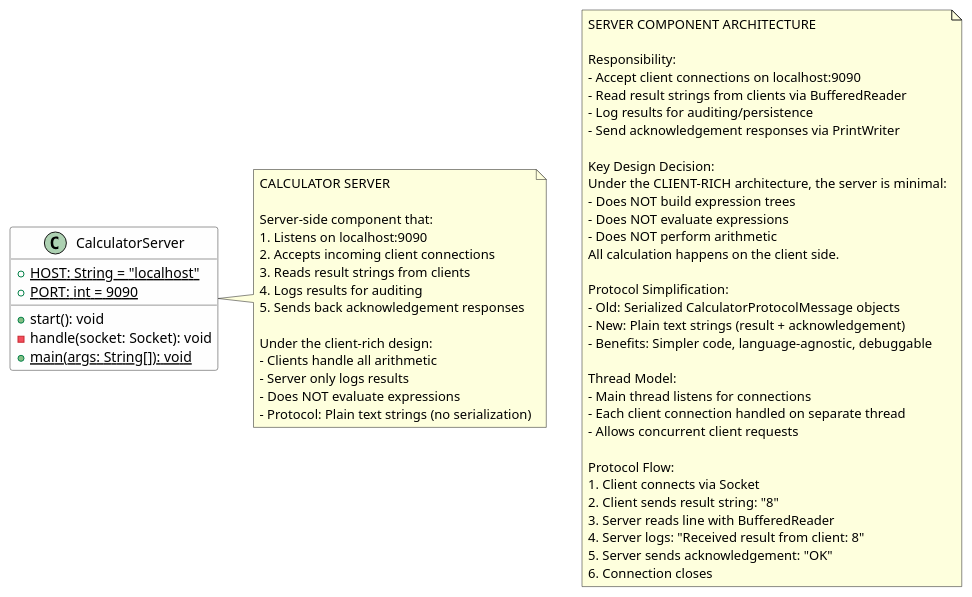
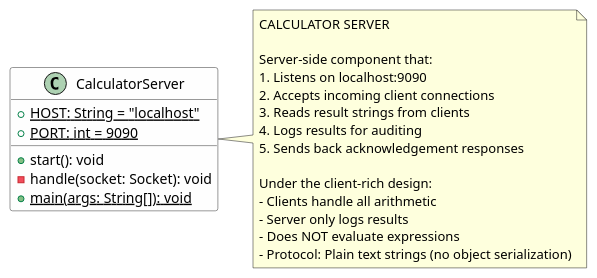
One commit to dowlindan/CalculatorSE311 changed the diagram in UML_CalculatorServer.md. Above: the diagram before and after it, drawn with PlantUML. The commit also changed 5 other files, not shown here.

```diff
--- a/UML_CalculatorServer.md
+++ b/UML_CalculatorServer.md
@@ -1,76 +1,37 @@
 @startuml CalculatorServer_Architecture
 skinparam classBackgroundColor #FEFEFE
 skinparam classBorderColor #333333
 skinparam classArrowColor #333333
 
 ' =====================================================================
 ' SERVER COMPONENT
 ' =====================================================================
 
 class CalculatorServer {
     + {static} HOST: String = "localhost"
     + {static} PORT: int = 9090
 
     + start(): void
     - handle(socket: Socket): void
     + {static} main(args: String[]): void
 }
 
 note right of CalculatorServer
   CALCULATOR SERVER
 
   Server-side component that:
   1. Listens on localhost:9090
   2. Accepts incoming client connections
   3. Reads result strings from clients
   4. Logs results for auditing
   5. Sends back acknowledgement responses
 
   Under the client-rich design:
   - Clients handle all arithmetic
   - Server only logs results
   - Does NOT evaluate expressions
-  - Protocol: Plain text strings (no serialization)
+  - Protocol: Plain text strings (no object serialization)
 end note
 
 
-' =====================================================================
-' ARCHITECTURE NOTES
-' =====================================================================
-
-note as Legend
-  SERVER COMPONENT ARCHITECTURE
-
-  Responsibility:
-  - Accept client connections on localhost:9090
-  - Read result strings from clients via BufferedReader
-  - Log results for auditing/persistence
-  - Send acknowledgement responses via PrintWriter
-
-  Key Design Decision:
-  Under the CLIENT-RICH architecture, the server is minimal:
-  - Does NOT build expression trees
-  - Does NOT evaluate expressions
-  - Does NOT perform arithmetic
-  All calculation happens on the client side.
-
-  Protocol Simplification:
-  - Old: Serialized CalculatorProtocolMessage objects
-  - New: Plain text strings (result + acknowledgement)
-  - Benefits: Simpler code, language-agnostic, debuggable
-
-  Thread Model:
-  - Main thread listens for connections
-  - Each client connection handled on separate thread
-  - Allows concurrent client requests
-
-  Protocol Flow:
-  1. Client connects via Socket
-  2. Client sends result string: "8"
-  3. Server reads line with BufferedReader
-  4. Server logs: "Received result from client: 8"
-  5. Server sends acknowledgement: "OK"
-  6. Connection closes
-end note
-
 @enduml
```
